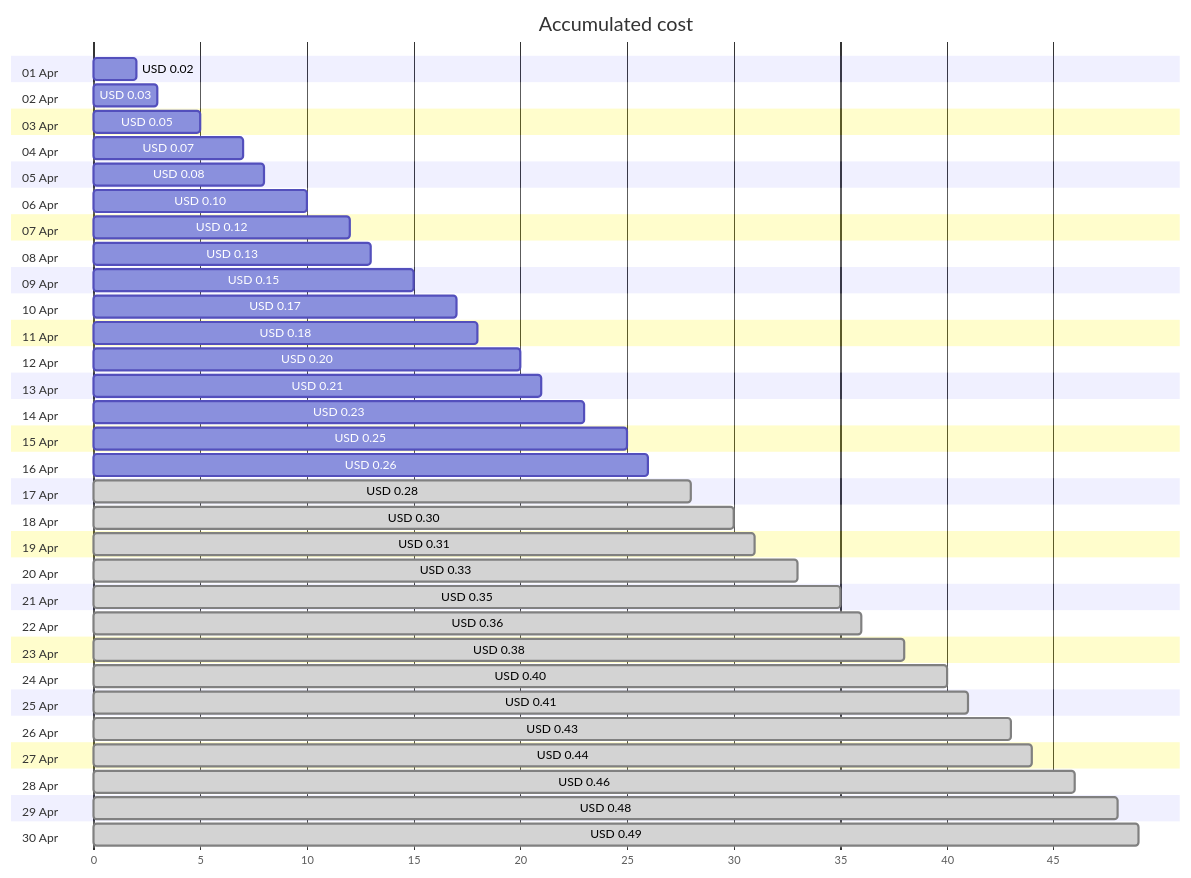
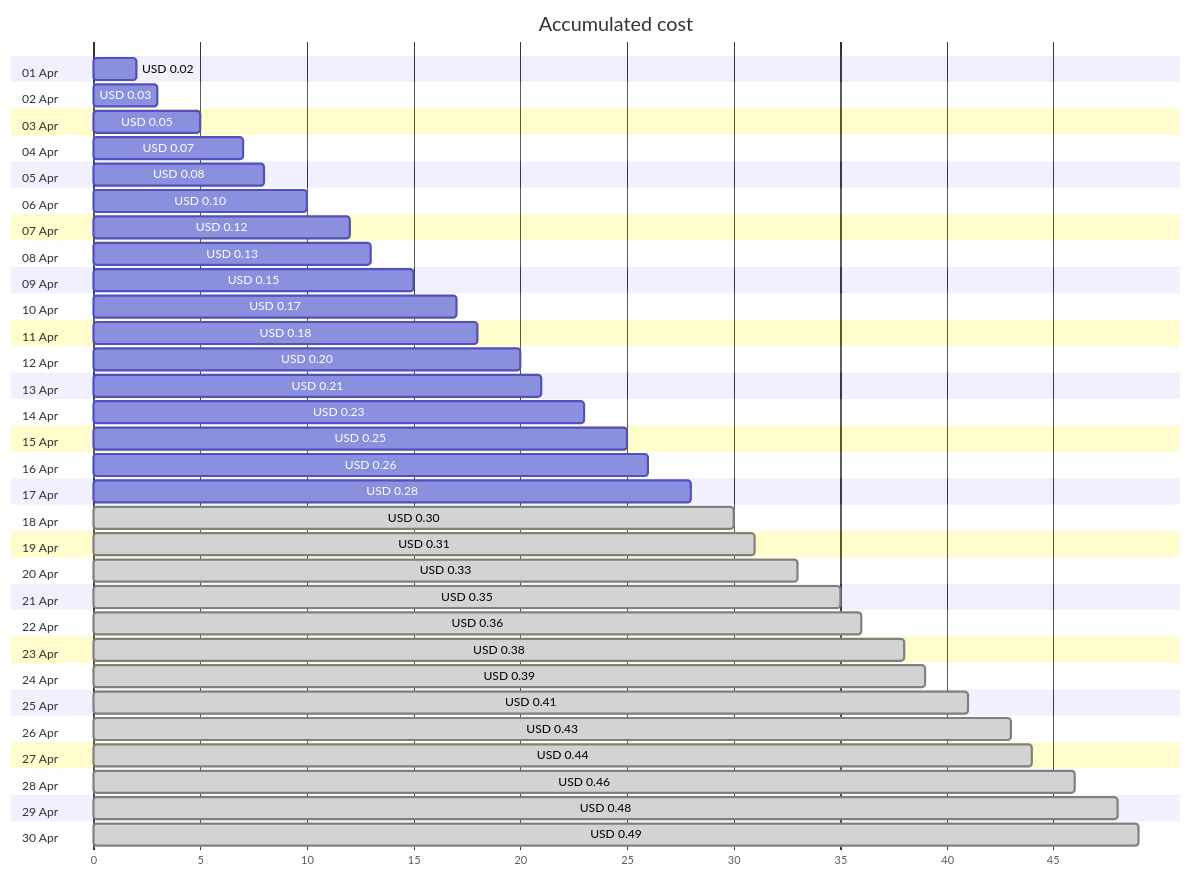
One commit to jpfulton/azure-personal-reports changed the first of 4 diagrams in cost-reports/personal-dns/jpatrickfulton.dev.md. Above: the diagram before and after it, drawn with Mermaid. The commit also changed other lines of this file and 2 other files, not shown here.

````diff
--- a/cost-reports/personal-dns/jpatrickfulton.dev.md
+++ b/cost-reports/personal-dns/jpatrickfulton.dev.md
@@ -20,66 +20,66 @@
 ```mermaid
 gantt
    title Accumulated cost
    dateFormat  X
    axisFormat %s
    section 01 Apr
    USD 0.02 :0, 2
    section 02 Apr
    USD 0.03 :0, 3
    section 03 Apr
    USD 0.05 :0, 5
    section 04 Apr
    USD 0.07 :0, 7
    section 05 Apr
    USD 0.08 :0, 8
    section 06 Apr
    USD 0.10 :0, 10
    section 07 Apr
    USD 0.12 :0, 12
    section 08 Apr
    USD 0.13 :0, 13
    section 09 Apr
    USD 0.15 :0, 15
    section 10 Apr
    USD 0.17 :0, 17
    section 11 Apr
    USD 0.18 :0, 18
    section 12 Apr
    USD 0.20 :0, 20
    section 13 Apr
    USD 0.21 :0, 21
    section 14 Apr
    USD 0.23 :0, 23
    section 15 Apr
    USD 0.25 :0, 25
    section 16 Apr
    USD 0.26 :0, 26
    section 17 Apr
-   USD 0.28 : done, 0, 28
+   USD 0.28 :0, 28
    section 18 Apr
    USD 0.30 : done, 0, 30
    section 19 Apr
    USD 0.31 : done, 0, 31
    section 20 Apr
    USD 0.33 : done, 0, 33
    section 21 Apr
    USD 0.35 : done, 0, 35
    section 22 Apr
    USD 0.36 : done, 0, 36
    section 23 Apr
    USD 0.38 : done, 0, 38
    section 24 Apr
-   USD 0.40 : done, 0, 40
+   USD 0.39 : done, 0, 39
    section 25 Apr
    USD 0.41 : done, 0, 41
    section 26 Apr
    USD 0.43 : done, 0, 43
    section 27 Apr
    USD 0.44 : done, 0, 44
    section 28 Apr
    USD 0.46 : done, 0, 46
    section 29 Apr
    USD 0.48 : done, 0, 48
    section 30 Apr
    USD 0.49 : done, 0, 49
 ```
````
